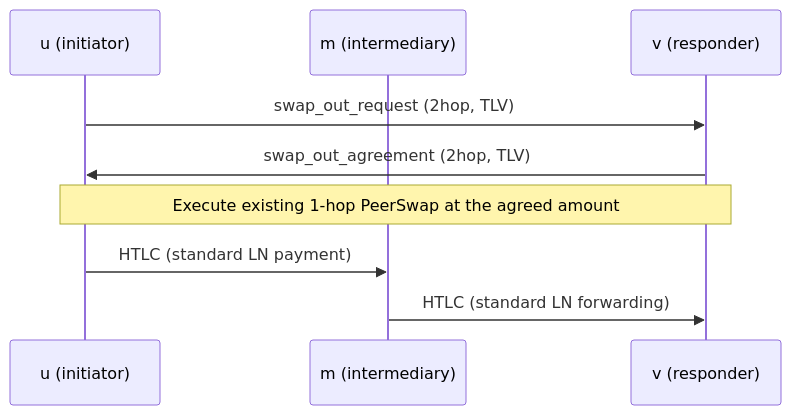
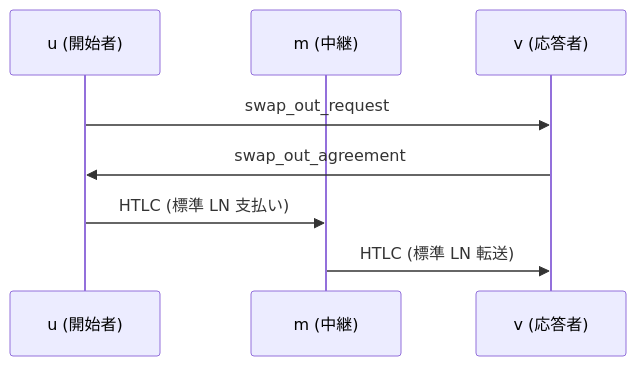
Before and after one commit to YusukeShimizu/blog: the first of 2 diagrams in content/posts/2hoppeerswap.md, drawn with Mermaid. The commit also changed other lines of this file and 1 other file, not shown here.

First line of the commit message:
Update agents guidelines and enhance 2hop peerswap documentation

````diff
--- a/content/posts/2hoppeerswap.md
+++ b/content/posts/2hoppeerswap.md
@@ -103,13 +64,12 @@
 ```mermaid
 sequenceDiagram
-    participant u as u (initiator)
-    participant m as m (intermediary)
-    participant v as v (responder)
+    participant u as u (開始者)
+    participant m as m (中継)
+    participant v as v (応答者)
 
-    u->>v: swap_out_request (2hop, TLV)
-    v->>u: swap_out_agreement (2hop, TLV)
-    note over u,v: Execute existing 1-hop PeerSwap at the agreed amount
+    u->>v: swap_out_request
+    v->>u: swap_out_agreement
 
-    u->>m: HTLC (standard LN payment)
-    m->>v: HTLC (standard LN forwarding)
+    u->>m: HTLC (標準 LN 支払い)
+    m->>v: HTLC (標準 LN 転送)
 ```
````
